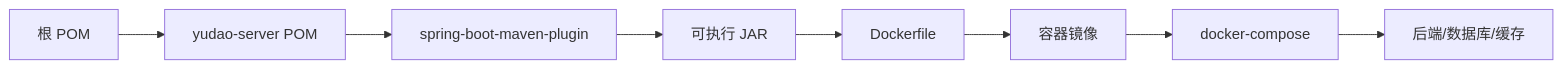
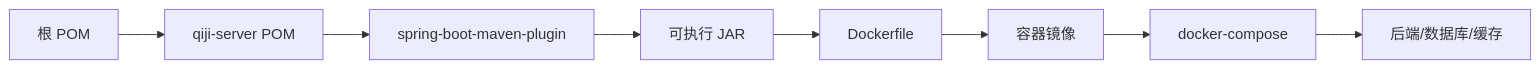
The fifth of 5 diagrams in backend/.qoder/repowiki/zh/content/部署与运维/CI_CD流水线.md (zhuangpengLI/AgenticCPS), drawn with Mermaid before and after one commit. The commit also changed other lines of this file and 3489 other files, not shown here.

````diff
--- a/backend/.qoder/repowiki/zh/content/部署与运维/CI_CD流水线.md
+++ b/backend/.qoder/repowiki/zh/content/部署与运维/CI_CD流水线.md
@@ -221,10 +221,10 @@
 ```mermaid
 graph LR
-RootPOM["根 POM"] --> ServerPOM["yudao-server POM"]
+RootPOM["根 POM"] --> ServerPOM["qiji-server POM"]
 ServerPOM --> Plugin["spring-boot-maven-plugin"]
 Plugin --> Jar["可执行 JAR"]
 Jar --> Dockerfile["Dockerfile"]
 Dockerfile --> Image["容器镜像"]
 Image --> Compose["docker-compose"]
 Compose --> Services["后端/数据库/缓存"]
 ```
````
